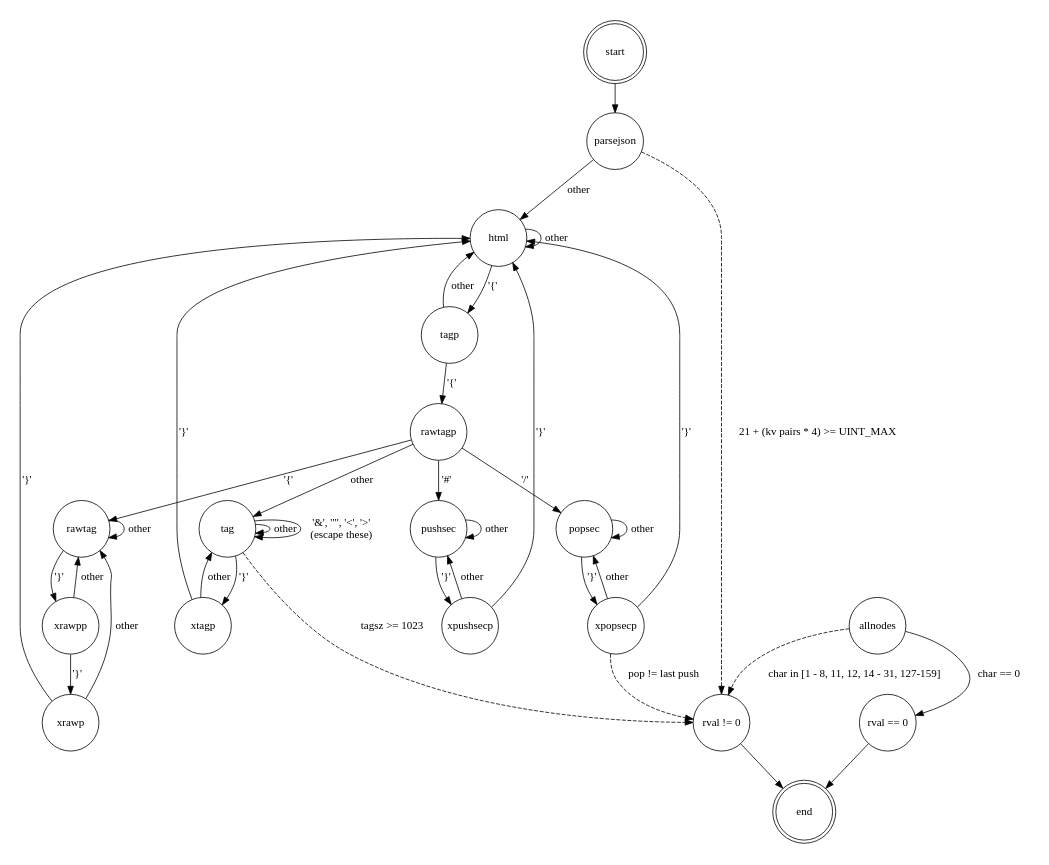
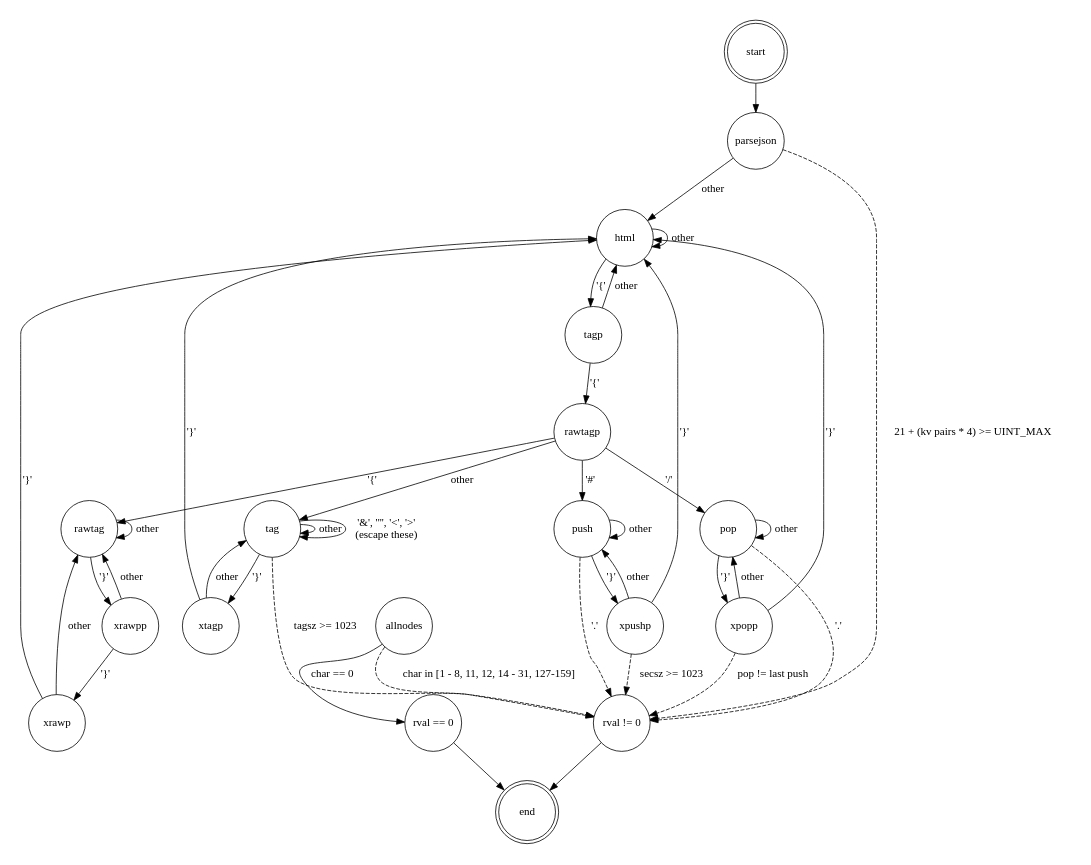
One commit to mbucc/cmustache changed the diagram in doc/state.dot. Above: the diagram before and after it, drawn with Graphviz. The commit also changed 4 other files, not shown here.

```diff
--- a/doc/state.dot
+++ b/doc/state.dot
@@ -1,60 +1,63 @@
 digraph State {
 	size="8,5"
 	#rankdir=LR;
 	node [shape = doublecircle,width=1,fixedsize=true]; start, end;
 	node [shape = circle,width=1,fixedsize=true];
 	start		-> parsejson;
 
 	parsejson	-> html		[label = "other" ];
 	parsejson	-> "rval != 0"	[label = "21 + (kv pairs * 4) >= UINT_MAX",style=dashed ];
 
 	html		-> tagp		[ label = "'{'" ];
 	html		-> html			[ label = "other" ];
 
 	tagp		-> rawtagp		[label = "'{'" ];
 	tagp		-> html			[label = "other" ];
 
 	rawtagp	-> rawtag			[label = "'{'" ];
-	rawtagp	-> pushsec		[label = "'#'" ];
-	rawtagp	-> popsec			[label = "'/'" ];
+	rawtagp	-> push		[label = "'#'" ];
+	rawtagp	-> pop			[label = "'/'" ];
 	rawtagp	-> tag			[label = "other" ];
 
-	pushsec 	-> pushsec		[label = "other" ];
-	pushsec	-> xpushsecp		[label = "'}'" ];
+	push 	-> push		[label = "other" ];
+	push	-> xpushp		[label = "'}'" ];
+	push	-> "rval != 0"		[label = "'.'",style=dashed ];
 
-	xpushsecp	-> html		[label = "'}'" ];
-	xpushsecp	-> pushsec	[label = "other" ];
+	xpushp	-> html		[label = "'}'" ];
+	xpushp	-> push	[label = "other" ];
+	xpushp	-> "rval != 0"	[label = "secsz >= 1023",style=dashed ];
 
-	popsec 	-> popsec		[label = "other" ];
-	popsec	-> xpopsecp		[label = "'}'" ];
+	pop 	-> pop		[label = "other" ];
+	pop	-> xpopp		[label = "'}'" ];
+	pop	-> "rval != 0"		[label = "'.'",style=dashed ];
 
-	xpopsecp	-> html		[label = "'}'" ];
-	xpopsecp	-> popsec	[label = "other" ];
-	xpopsecp	-> "rval != 0"	[label = "pop != last push",style=dashed ];
+	xpopp	-> html		[label = "'}'" ];
+	xpopp	-> pop	[label = "other" ];
+	xpopp	-> "rval != 0"	[label = "pop != last push",style=dashed ];
 
 
 	xtagp		-> html			[ label = "'}'" ];
 	xtagp		-> tag			[label = "other" ];
 
 	rawtag	-> xrawpp		[label = "'}'" ];
 	rawtag	-> rawtag		[label = "other" ];
 
 	xrawpp		-> xrawp		[label = "'}'" ];
 	xrawpp		-> rawtag		[label = "other" ];
 
 	xrawp	-> html		[label = "'}'" ];
 	xrawp	-> rawtag		[label = "other" ];
 
 	tag		-> xtagp		[ label = "'}'" ];
 	tag		-> "rval != 0"		[ label = "tagsz >= 1023",style=dashed ];
 	tag		-> tag			[ label = "other" ];
 	tag		-> tag			[ label = "'&', '\"', '<', '>'\n(escape these)" ];
 
 	allnodes -> "rval != 0"		[ label = "char in [1 - 8, 11, 12, 14 - 31, 127-159]",style=dashed ];
 	allnodes -> "rval == 0"		[ label = "char == 0" ];
 
 
 	"rval == 0"	-> end;
 	"rval != 0"	-> end;
 
 }
```
